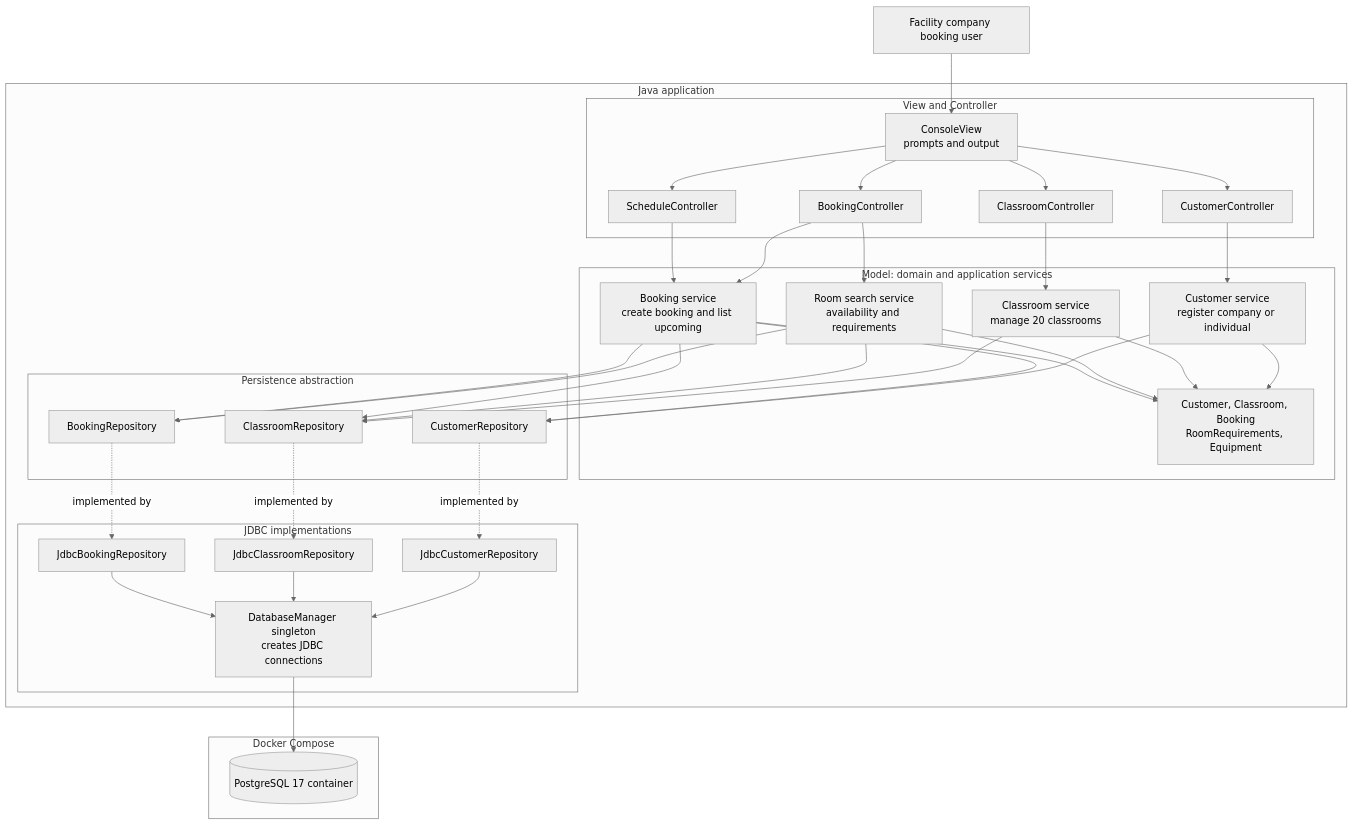
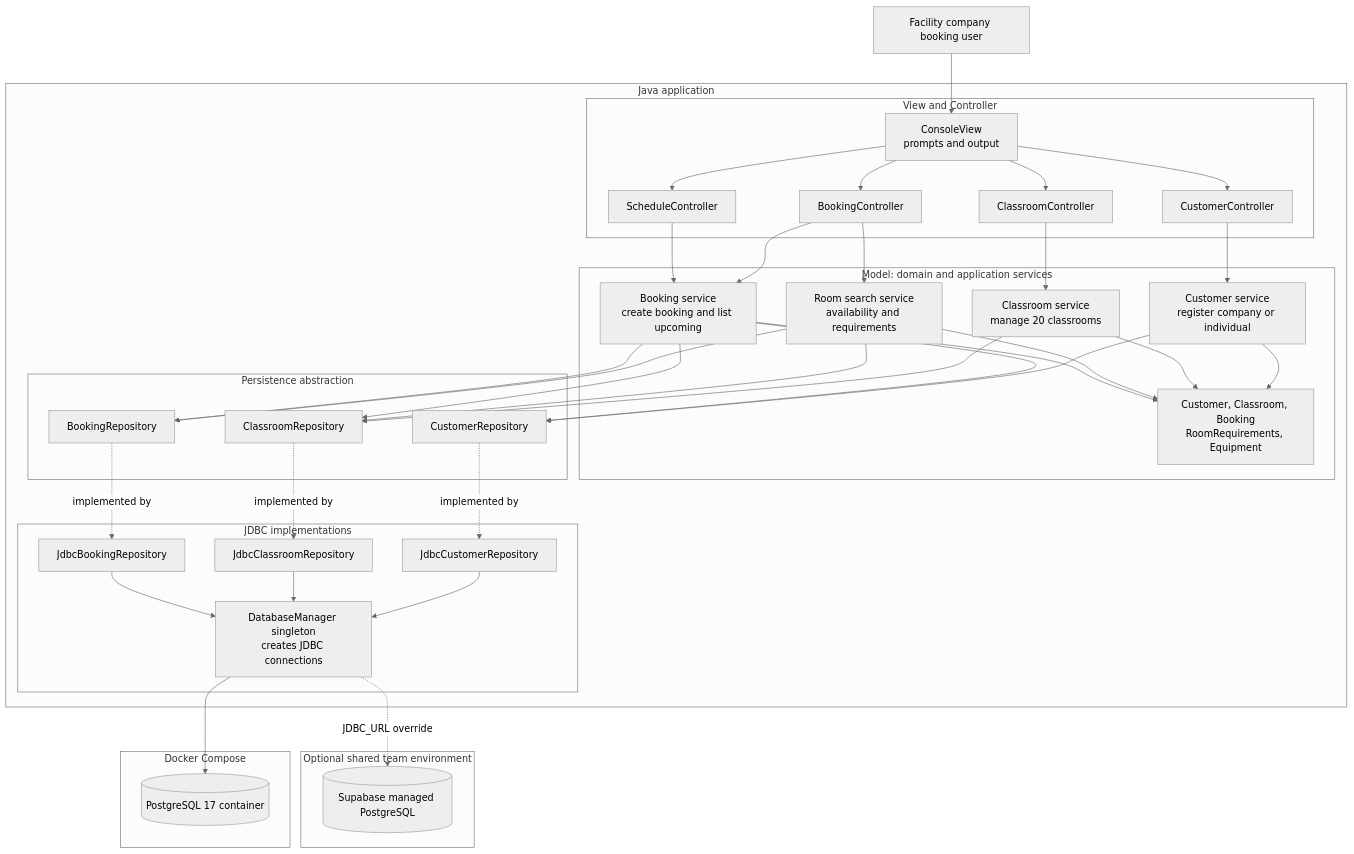
Before and after one commit to tukue/classroom-booking-system: the first of 2 diagrams in docs/architecture.md, drawn with Mermaid (neutral theme). The commit also changed other lines of this file, not shown here.

Commit message:
Document optional shared Supabase testing setup

````diff
--- a/docs/architecture.md
+++ b/docs/architecture.md
@@ -7,72 +7,77 @@
 ```mermaid
 flowchart TB
     Operator[Facility company booking user]
 
     subgraph Application[Java application]
         subgraph Presentation[View and Controller]
             View[ConsoleView<br/>prompts and output]
             CustomerController[CustomerController]
             ClassroomController[ClassroomController]
             BookingController[BookingController]
             ScheduleController[ScheduleController]
         end
 
         subgraph Model[Model: domain and application services]
             Domain[Customer, Classroom, Booking<br/>RoomRequirements, Equipment]
             CustomerService[Customer service<br/>register company or individual]
             ClassroomService[Classroom service<br/>manage 20 classrooms]
             RoomSearch[Room search service<br/>availability and requirements]
             BookingService[Booking service<br/>create booking and list upcoming]
         end
 
         subgraph Persistence[Persistence abstraction]
             CustomerRepo[CustomerRepository]
             ClassroomRepo[ClassroomRepository]
             BookingRepo[BookingRepository]
         end
 
         subgraph JdbcLayer[JDBC implementations]
             JdbcCustomer[JdbcCustomerRepository]
             JdbcClassroom[JdbcClassroomRepository]
             JdbcBooking[JdbcBookingRepository]
             DatabaseManager[DatabaseManager singleton<br/>creates JDBC connections]
         end
     end
 
     subgraph Docker[Docker Compose]
         DB[(PostgreSQL 17 container)]
     end
 
+    subgraph SharedBackend[Optional shared team environment]
+        Supabase[(Supabase managed PostgreSQL)]
+    end
+
     Operator --> View
     View --> CustomerController
     View --> ClassroomController
     View --> BookingController
     View --> ScheduleController
 
     CustomerController --> CustomerService
     ClassroomController --> ClassroomService
     BookingController --> BookingService
     BookingController --> RoomSearch
     ScheduleController --> BookingService
 
     CustomerService --> Domain
     ClassroomService --> Domain
     RoomSearch --> Domain
     BookingService --> Domain
 
     CustomerService --> CustomerRepo
     ClassroomService --> ClassroomRepo
     RoomSearch --> ClassroomRepo
     RoomSearch --> BookingRepo
     BookingService --> CustomerRepo
     BookingService --> ClassroomRepo
     BookingService --> BookingRepo
 
     CustomerRepo -. implemented by .-> JdbcCustomer
     ClassroomRepo -. implemented by .-> JdbcClassroom
     BookingRepo -. implemented by .-> JdbcBooking
     JdbcCustomer --> DatabaseManager
     JdbcClassroom --> DatabaseManager
     JdbcBooking --> DatabaseManager
     DatabaseManager --> DB
+    DatabaseManager -. JDBC_URL override .-> Supabase
 ```
````
